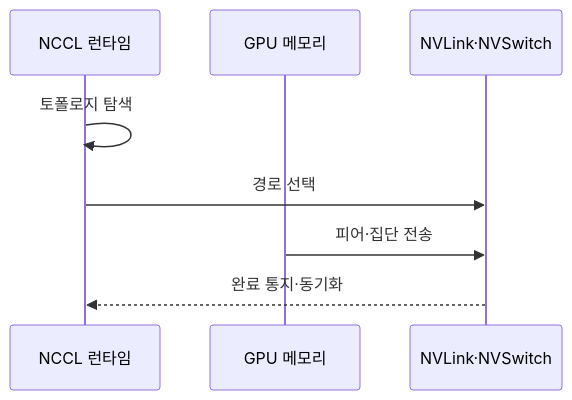
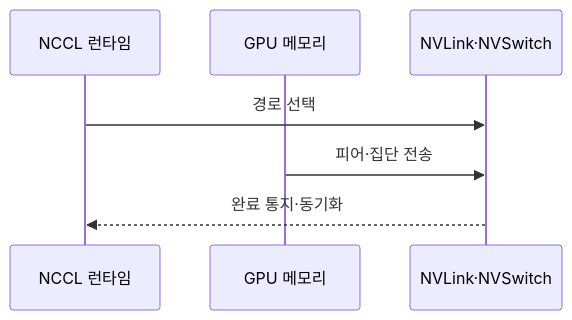
One commit to agnusdei1207/knowledge-base changed the second of 2 diagrams in src/content/docs/notes/02-hardware/047_nvlink.md. Above: the diagram before and after it, drawn with Mermaid. The commit also changed other lines of this file and 17 other files, not shown here.

````diff
--- a/src/content/docs/notes/02-hardware/047_nvlink.md
+++ b/src/content/docs/notes/02-hardware/047_nvlink.md
@@ -82,10 +82,9 @@
 ```mermaid
 sequenceDiagram
     participant R as NCCL 런타임
     participant G as GPU 메모리
     participant N as NVLink·NVSwitch
-    R->>R: 토폴로지 탐색
     R->>N: 경로 선택
     G->>N: 피어·집단 전송
     N-->>R: 완료 통지·동기화
 ```
````
